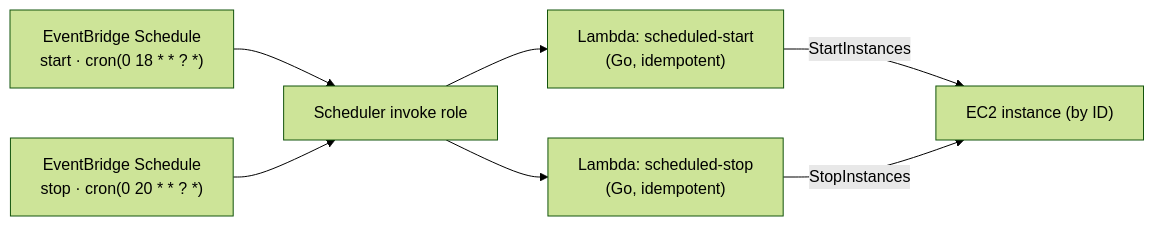
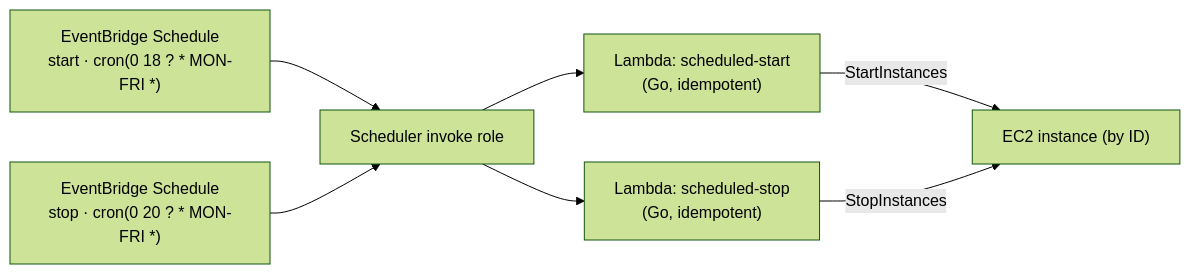
The sixth of 6 diagrams in README.md (teddynted/ai-github-repository-blog-generator), drawn with Mermaid (forest theme) before and after one commit. The commit also changed other lines of this file and 48 other files, not shown here.

````diff
--- a/README.md
+++ b/README.md
@@ -603,9 +615,9 @@
 ```mermaid
 flowchart LR
-  S1["EventBridge Schedule<br/>start · cron(0 18 * * ? *)"] --> R[Scheduler invoke role]
-  S2["EventBridge Schedule<br/>stop · cron(0 20 * * ? *)"] --> R
+  S1["EventBridge Schedule<br/>start · cron(0 18 ? * MON-FRI *)"] --> R[Scheduler invoke role]
+  S2["EventBridge Schedule<br/>stop · cron(0 20 ? * MON-FRI *)"] --> R
   R --> LS["Lambda: scheduled-start<br/>(Go, idempotent)"]
   R --> LT["Lambda: scheduled-stop<br/>(Go, idempotent)"]
   LS -->|StartInstances| EC2["EC2 instance (by ID)"]
   LT -->|StopInstances| EC2
 ```
````
